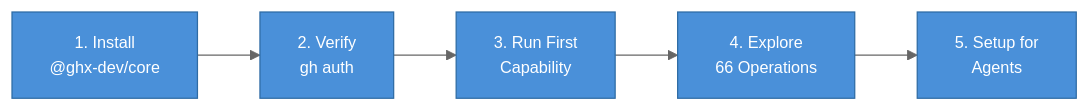
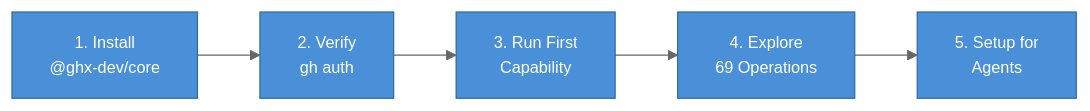
The diagram in docs/getting-started/README.md (aryeko/ghx), drawn with Mermaid before and after one commit. The commit also changed other lines of this file and 12 other files, not shown here.

````diff
--- a/docs/getting-started/README.md
+++ b/docs/getting-started/README.md
@@ -6,14 +6,14 @@
 ```mermaid
 %%{init: {'theme': 'base', 'themeVariables': {'primaryColor': '#4A90D9', 'primaryTextColor': '#fff', 'primaryBorderColor': '#2E6BA4', 'lineColor': '#666', 'fontSize': '13px'}}}%%
 graph LR
   A["1. Install<br/>@ghx-dev/core"] --> B["2. Verify<br/>gh auth"]
   B --> C["3. Run First<br/>Capability"]
-  C --> D["4. Explore<br/>66 Operations"]
+  C --> D["4. Explore<br/>69 Operations"]
   D --> E["5. Setup for<br/>Agents"]
 
   style A fill:#4A90D9,color:#fff
   style B fill:#4A90D9,color:#fff
   style C fill:#4A90D9,color:#fff
   style D fill:#4A90D9,color:#fff
   style E fill:#4A90D9,color:#fff
 ```
````
